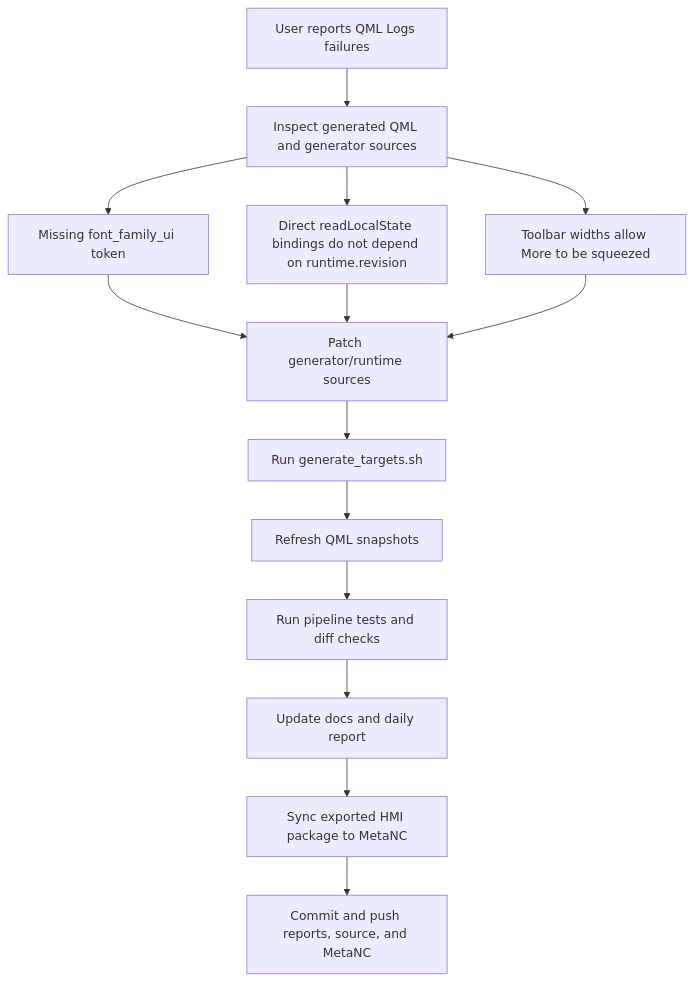
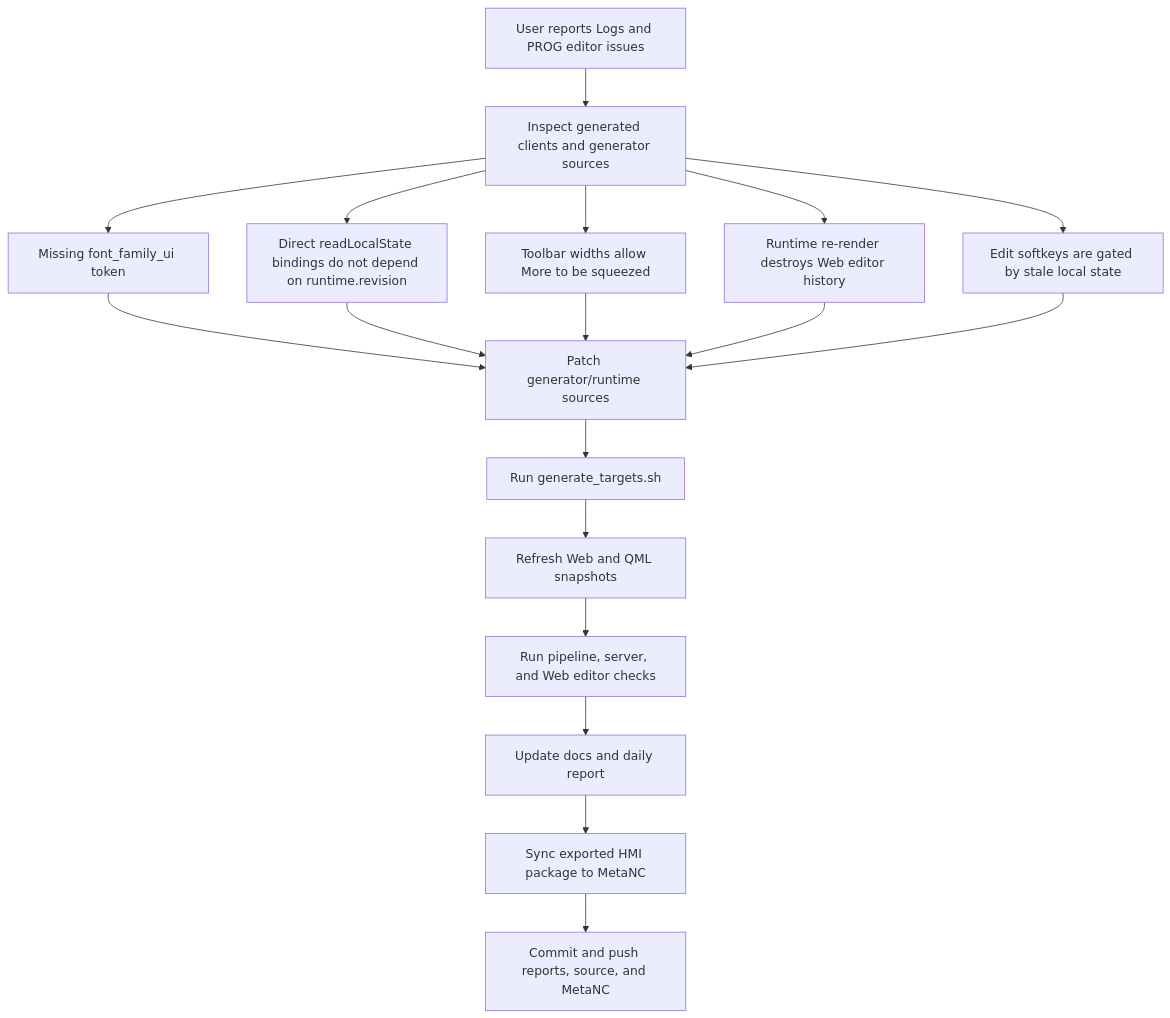
Before and after one commit to luppiterw/metanc_hmi_dsl_reports: the diagram in 2026-05-07-codex-session/workflow-diagram.md, drawn with Mermaid. The commit also changed 15 other files, not shown here.

First line of the commit message:
docs: refresh 2026-05-07 HMI editor report

````diff
--- a/2026-05-07-codex-session/workflow-diagram.md
+++ b/2026-05-07-codex-session/workflow-diagram.md
@@ -3,29 +3,35 @@
 ```mermaid
 flowchart TD
-    user[User reports QML Logs failures]
-    inspect[Inspect generated QML and generator sources]
+    user[User reports Logs and PROG editor issues]
+    inspect[Inspect generated clients and generator sources]
     root1[Missing font_family_ui token]
     root2[Direct readLocalState bindings do not depend on runtime.revision]
     root3[Toolbar widths allow More to be squeezed]
+    root4[Runtime re-render destroys Web editor history]
+    root5[Edit softkeys are gated by stale local state]
     fix[Patch generator/runtime sources]
     regen[Run generate_targets.sh]
-    snap[Refresh QML snapshots]
-    test[Run pipeline tests and diff checks]
+    snap[Refresh Web and QML snapshots]
+    test[Run pipeline, server, and Web editor checks]
     docs[Update docs and daily report]
     sync[Sync exported HMI package to MetaNC]
     publish[Commit and push reports, source, and MetaNC]
 
     user --> inspect
     inspect --> root1
     inspect --> root2
     inspect --> root3
+    inspect --> root4
+    inspect --> root5
     root1 --> fix
     root2 --> fix
     root3 --> fix
+    root4 --> fix
+    root5 --> fix
     fix --> regen
     regen --> snap
     snap --> test
     test --> docs
     docs --> sync
     sync --> publish
 ```
````
